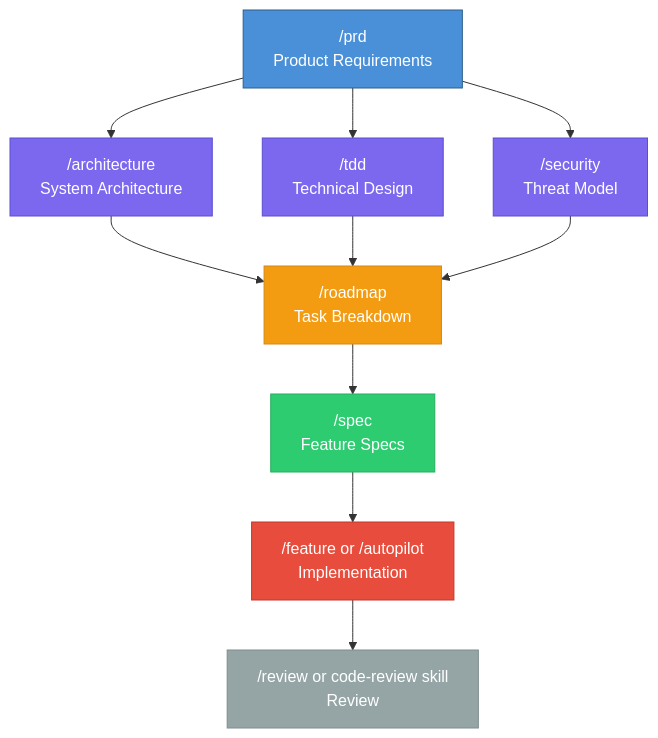
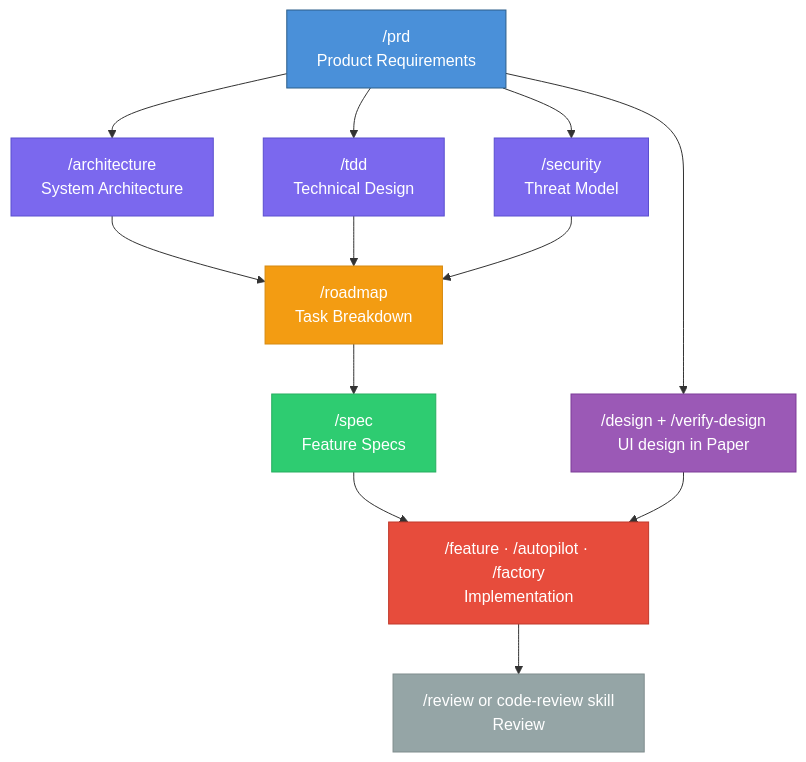
Before and after one commit to 0xrafasec/ai-workflow: the first of 7 diagrams in docs/spec-driven-development.md, drawn with Mermaid. The commit also changed other lines of this file and 5 other files, not shown here.

First line of the commit message:
docs: refresh references for /design, /verify-design, /factory and fix review-layer diagram

````diff
--- a/docs/spec-driven-development.md
+++ b/docs/spec-driven-development.md
@@ -21,30 +21,34 @@
 ```mermaid
 graph TD
     PRD["/prd<br/>Product Requirements"]
     ARCH["/architecture<br/>System Architecture"]
     TDD["/tdd<br/>Technical Design"]
     SEC["/security<br/>Threat Model"]
     SPEC["/spec<br/>Feature Specs"]
     ROAD["/roadmap<br/>Task Breakdown"]
-    IMPL["/feature or /autopilot<br/>Implementation"]
+    DESIGN["/design + /verify-design<br/>UI design in Paper"]
+    IMPL["/feature · /autopilot · /factory<br/>Implementation"]
     REV["/review or code-review skill<br/>Review"]
 
     PRD --> ARCH
     PRD --> TDD
     PRD --> SEC
+    PRD --> DESIGN
     ARCH --> ROAD
     TDD --> ROAD
     SEC --> ROAD
     ROAD --> SPEC
     SPEC --> IMPL
+    DESIGN --> IMPL
     IMPL --> REV
 
     style PRD fill:#4a90d9,stroke:#2c5f8a,color:#fff
     style ARCH fill:#7b68ee,stroke:#5a4fcf,color:#fff
     style TDD fill:#7b68ee,stroke:#5a4fcf,color:#fff
     style SEC fill:#7b68ee,stroke:#5a4fcf,color:#fff
     style SPEC fill:#2ecc71,stroke:#27ae60,color:#fff
     style ROAD fill:#f39c12,stroke:#d68910,color:#fff
+    style DESIGN fill:#9b59b6,stroke:#7d3c98,color:#fff
     style IMPL fill:#e74c3c,stroke:#c0392b,color:#fff
     style REV fill:#95a5a6,stroke:#7f8c8d,color:#fff
 ```
````
